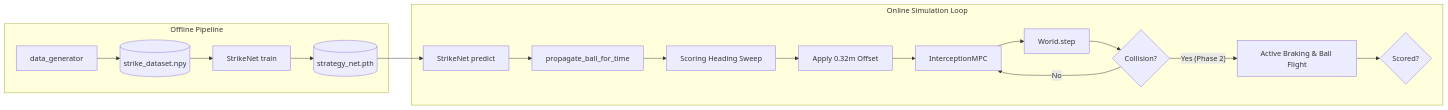
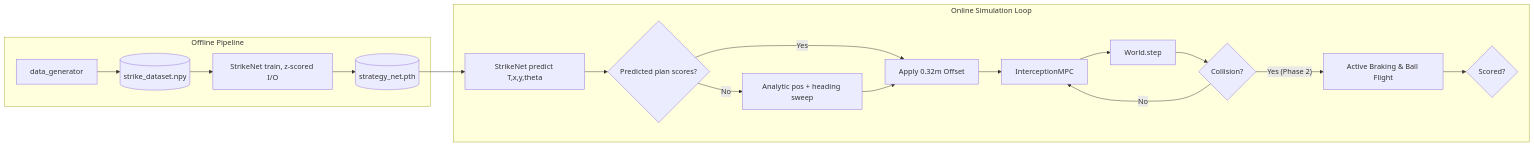
The diagram in docs/SYSTEM_OVERVIEW.md (Nikunj-Agarwal/project_rocket_soccer), drawn with Mermaid before and after one commit. The commit also changed other lines of this file and 38 other files, not shown here.

First line of the commit message:
Fix StrikeNet integration and add scalability logging for amortization claims

````diff
--- a/docs/SYSTEM_OVERVIEW.md
+++ b/docs/SYSTEM_OVERVIEW.md
@@ -14,21 +14,22 @@
 ```mermaid
 flowchart LR
   subgraph offline [Offline Pipeline]
     DG[data_generator] --> DS[(strike_dataset.npy)]
-    DS --> SN[StrikeNet train]
+    DS --> SN[StrikeNet train, z-scored I/O]
     SN --> M[(strategy_net.pth)]
   end
 
   subgraph online [Online Simulation Loop]
-    M --> Pred[StrikeNet predict]
-    Pred --> Bounce[propagate_ball_for_time]
-    Bounce --> ThetaSweep[Scoring Heading Sweep]
-    ThetaSweep --> Offset[Apply 0.32m Offset]
+    M --> Pred[StrikeNet predict T,x,y,theta]
+    Pred --> Check{Predicted plan scores?}
+    Check -- Yes --> Offset[Apply 0.32m Offset]
+    Check -- No --> FB[Analytic pos + heading sweep]
+    FB --> Offset
     Offset --> MPC[InterceptionMPC]
     MPC --> World[World.step]
     World --> Collision{Collision?}
     Collision -- No --> MPC
-    Collision -- Yes (Phase 2) --> Brake[Active Braking & Ball Flight]
+    Collision -- "Yes (Phase 2)" --> Brake[Active Braking & Ball Flight]
     Brake --> GoalCheck{Scored?}
   end
 ```
````
